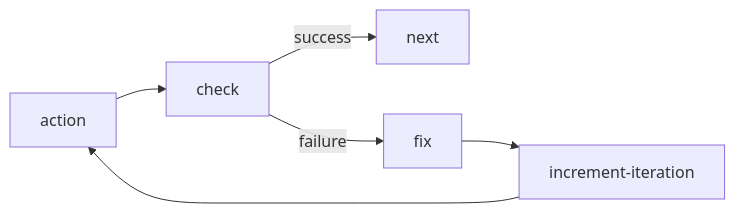
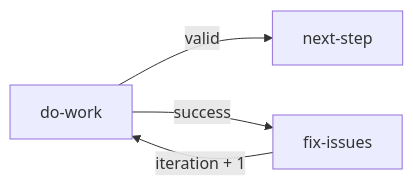
One commit to moira-mcp/moira changed the first of 4 diagrams in packages/mcp-server/src/help/content/guides/workflow-creation.md. Above: the diagram before and after it, drawn with Mermaid. The commit also changed other lines of this file and 338 other files, not shown here.

First line of the commit message:
feat(workflow): add N-output routing and unified diagrams (#236)

````diff
--- a/packages/mcp-server/src/help/content/guides/workflow-creation.md
+++ b/packages/mcp-server/src/help/content/guides/workflow-creation.md
@@ -40,8 +41,6 @@
 ```mermaid
 flowchart LR
-    A[action] --> B[check]
-    B -->|success| C[next]
-    B -->|failure| D[fix]
-    D --> E[increment-iteration]
-    E --> A
+    A[do-work] -->|valid| B[next-step]
+    A -->|success| C[fix-issues]
+    C -->|iteration + 1| A
 ```
````
